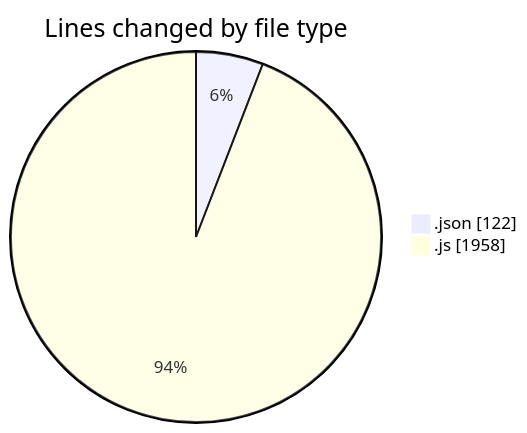
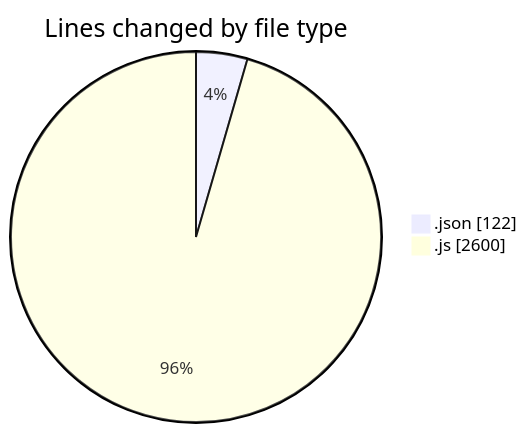
Before and after one commit to lephambinh05/code-tracking: the first of 2 diagrams in 2025-07-15/eduwallet-main/README.md, drawn with Mermaid. The commit also changed other lines of this file and 1 other file, not shown here.

````diff
--- a/2025-07-15/eduwallet-main/README.md
+++ b/2025-07-15/eduwallet-main/README.md
@@ -31,6 +33,6 @@
 ```mermaid
 pie showData
 title Lines changed by file type
 ".json" : 122
-".js" : 1958
+".js" : 2600
 ```
````
